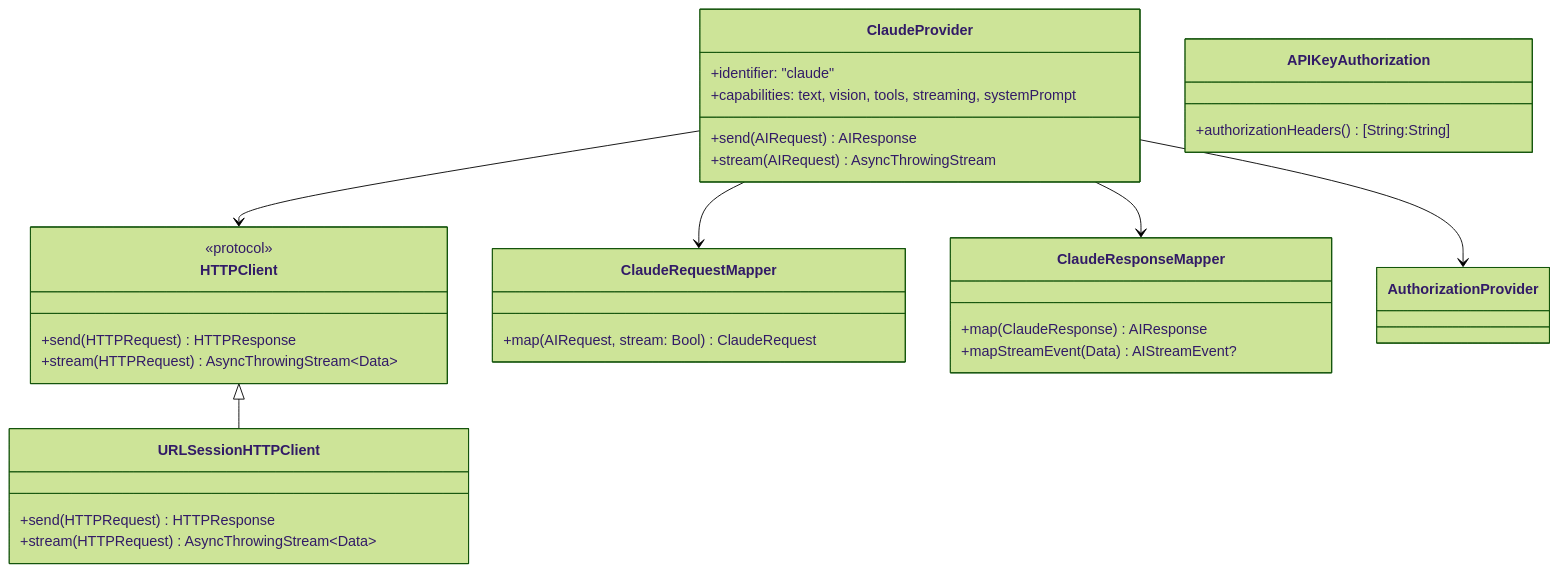
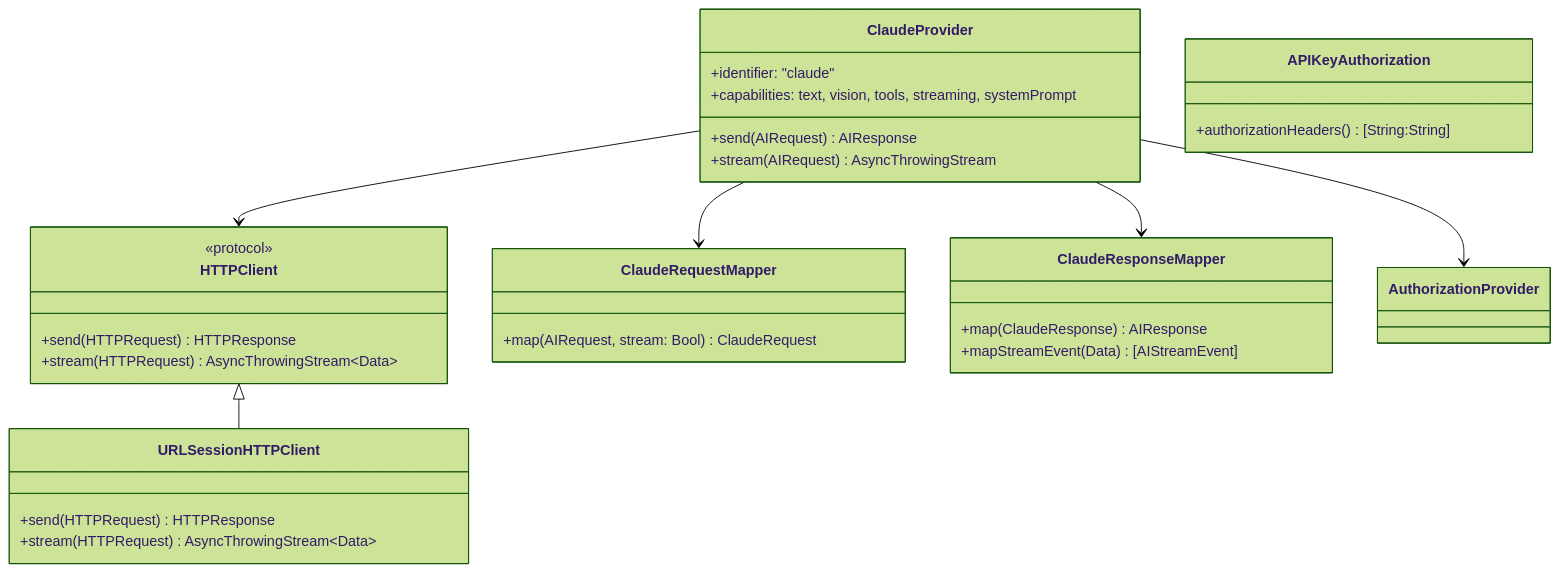
The fifth of 10 diagrams in Documentation/Architecture.md (molayab/swift-ai-provider-kit), drawn with Mermaid (forest theme) before and after one commit. The commit also changed other lines of this file and 47 other files, not shown here.

````diff
--- a/Documentation/Architecture.md
+++ b/Documentation/Architecture.md
@@ -205,39 +210,39 @@
 ```mermaid
 classDiagram
     class ClaudeProvider {
         +identifier: "claude"
         +capabilities: text, vision, tools, streaming, systemPrompt
         +send(AIRequest) AIResponse
         +stream(AIRequest) AsyncThrowingStream
     }
 
     class HTTPClient {
         <<protocol>>
         +send(HTTPRequest) HTTPResponse
         +stream(HTTPRequest) AsyncThrowingStream~Data~
     }
 
     class ClaudeRequestMapper {
         +map(AIRequest, stream: Bool) ClaudeRequest
     }
 
     class ClaudeResponseMapper {
         +map(ClaudeResponse) AIResponse
-        +mapStreamEvent(Data) AIStreamEvent?
+        +mapStreamEvent(Data) [AIStreamEvent]
     }
 
     class URLSessionHTTPClient {
         +send(HTTPRequest) HTTPResponse
         +stream(HTTPRequest) AsyncThrowingStream~Data~
     }
 
     class APIKeyAuthorization {
         +authorizationHeaders() [String:String]
     }
 
     HTTPClient <|-- URLSessionHTTPClient
     ClaudeProvider --> HTTPClient
     ClaudeProvider --> ClaudeRequestMapper
     ClaudeProvider --> ClaudeResponseMapper
     ClaudeProvider --> AuthorizationProvider
 ```
````
